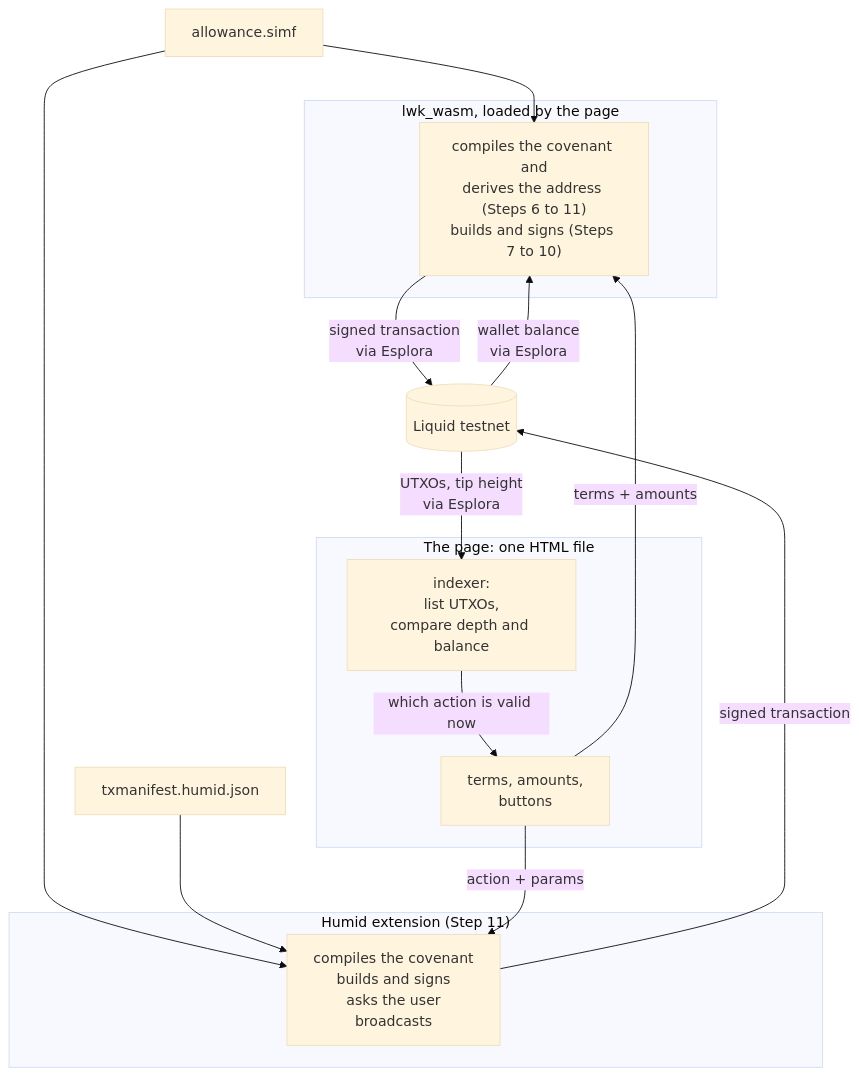
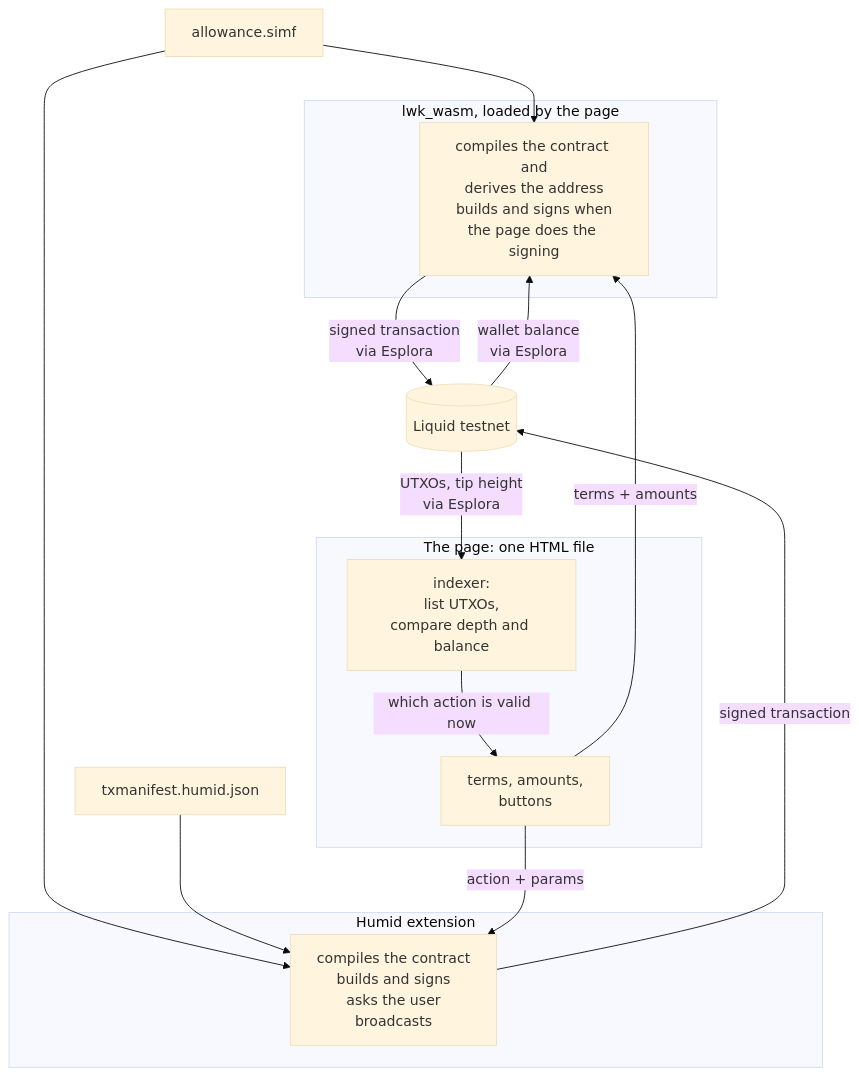
The first of 2 diagrams in docs/getting-started/build-end-to-end-app.md (BlockstreamResearch/simplicity-lang-org), drawn with Mermaid (base theme) before and after one commit. The commit also changed other lines of this file, not shown here.

````diff
--- a/docs/getting-started/build-end-to-end-app.md
+++ b/docs/getting-started/build-end-to-end-app.md
@@ -32,26 +48,26 @@
 ```mermaid
 flowchart TD
   source["allowance.simf"]
   manifest["txmanifest.humid.json"]
   subgraph page["The page: one HTML file"]
     form["terms, amounts,<br/>buttons"]
     index["indexer:<br/>list UTXOs,<br/>compare depth and balance"]
   end
   subgraph lib["lwk_wasm, loaded by the page"]
-    l["compiles the covenant and<br/>derives the address (Steps 6 to 11)<br/>builds and signs (Steps 7 to 10)"]
+    l["compiles the contract and<br/>derives the address<br/>builds and signs when<br/>the page does the signing"]
   end
-  subgraph wallet["Humid extension (Step 11)"]
-    w["compiles the covenant<br/>builds and signs<br/>asks the user<br/>broadcasts"]
+  subgraph wallet["Humid extension"]
+    w["compiles the contract<br/>builds and signs<br/>asks the user<br/>broadcasts"]
   end
   chain[("Liquid testnet")]
   source --> l
   source --> w
   manifest --> w
   form -->|"terms + amounts"| l
   form -->|"action + params"| w
   l -->|"signed transaction<br/>via Esplora"| chain
   w -->|"signed transaction"| chain
   chain -->|"UTXOs, tip height<br/>via Esplora"| index
   chain -->|"wallet balance<br/>via Esplora"| l
   index -->|"which action is valid now"| form
 ```
````
